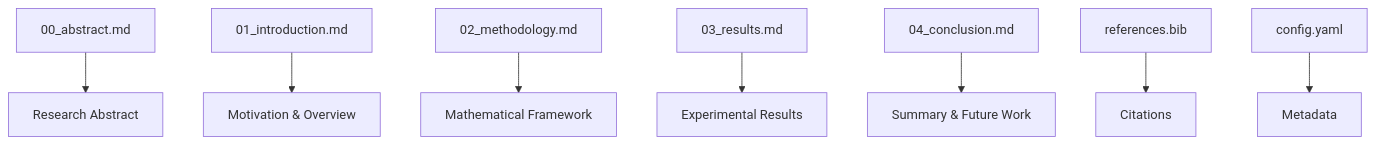
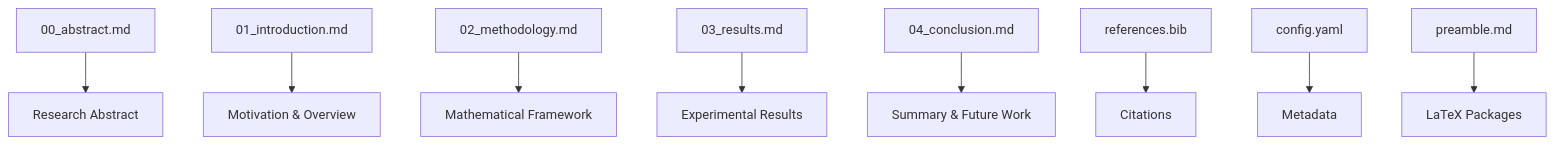
The diagram in projects/code_project/manuscript/README.md (docxology/template), drawn with Mermaid before and after one commit. The commit also changed other lines of this file and 277 other files, not shown here.

````diff
--- a/projects/code_project/manuscript/README.md
+++ b/projects/code_project/manuscript/README.md
@@ -77,11 +80,12 @@
 ```mermaid
 graph TD
     A[00_abstract.md] --> B[Research Abstract]
     C[01_introduction.md] --> D[Motivation & Overview]
     E[02_methodology.md] --> F[Mathematical Framework]
     G[03_results.md] --> H[Experimental Results]
     I[04_conclusion.md] --> J[Summary & Future Work]
 
     K[references.bib] --> L[Citations]
     M[config.yaml] --> N[Metadata]
+    O[preamble.md] --> P[LaTeX Packages]
 ```
````
